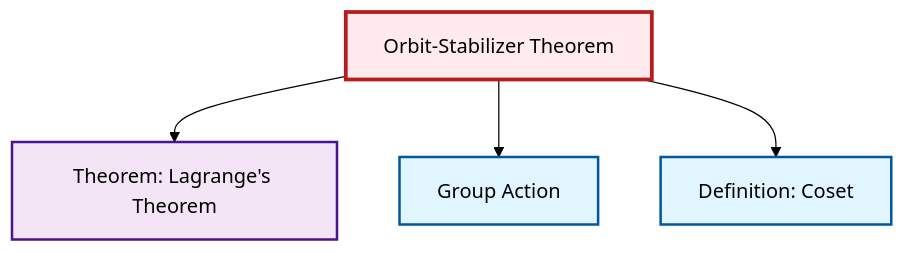
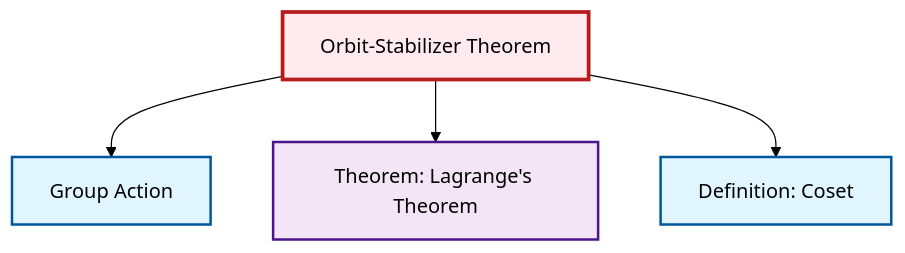
Before and after one commit to RK0429/ModernMath: the diagram in content/en/algebra/thm-orbit-stabilizer.qmd, drawn with Mermaid (forest theme). The commit also changed other lines of this file and 619 other files, not shown here.

````diff
--- a/content/en/algebra/thm-orbit-stabilizer.qmd
+++ b/content/en/algebra/thm-orbit-stabilizer.qmd
@@ -63,20 +63,20 @@
 ```{mermaid}
 %%| fig-cap: "Local dependency graph"
 graph TD
     classDef definition fill:#e1f5fe,stroke:#01579b,stroke-width:2px
     classDef theorem fill:#f3e5f5,stroke:#4a148c,stroke-width:2px
     classDef axiom fill:#fff3e0,stroke:#e65100,stroke-width:2px
     classDef example fill:#e8f5e9,stroke:#1b5e20,stroke-width:2px
     classDef current fill:#ffebee,stroke:#b71c1c,stroke-width:3px
     thm-lagrange["Theorem: Lagrange's Theorem"]:::theorem
     def-coset["Definition: Coset"]:::definition
+    thm-orbit-stabilizer["Orbit-Stabilizer Theorem"]:::theorem
     def-group-action["Group Action"]:::definition
-    thm-orbit-stabilizer["Orbit-Stabilizer Theorem"]:::theorem
+    thm-orbit-stabilizer --> def-group-action
     thm-orbit-stabilizer --> thm-lagrange
-    thm-orbit-stabilizer --> def-group-action
     thm-orbit-stabilizer --> def-coset
     class thm-orbit-stabilizer current
     click thm-lagrange "thm-lagrange.html" "Go to Lagrange's Theorem theorem"
     click def-coset "def-coset.html" "Go to Coset definition"
     click def-group-action "def-group-action.html" "Go to Group Action"
 ```
````
